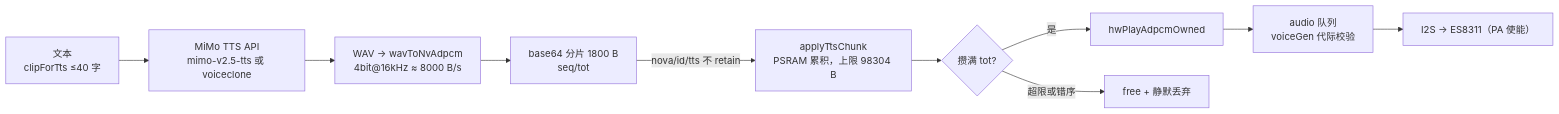
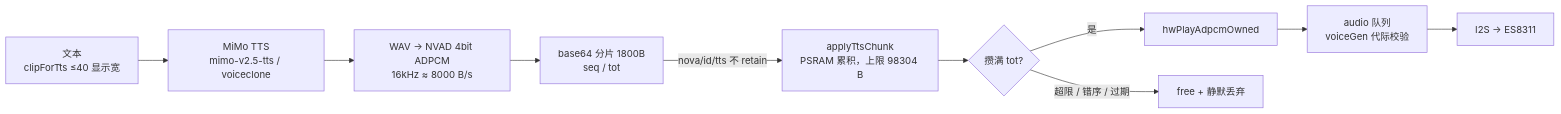
One commit to JAYcodr/whale-buddy-esp32 changed the sixth of 11 diagrams in docs/ARCHITECTURE.md. Above: the diagram before and after it, drawn with Mermaid. The commit also changed other lines of this file and 26 other files, not shown here.

````diff
--- a/docs/ARCHITECTURE.md
+++ b/docs/ARCHITECTURE.md
@@ -436,12 +349,12 @@
 ```mermaid
 flowchart LR
-    A["文本<br/>clipForTts ≤40 字"] --> B["MiMo TTS API<br/>mimo-v2.5-tts 或 voiceclone"]
-    B --> C["WAV → wavToNvAdpcm<br/>4bit@16kHz ≈ 8000 B/s"]
-    C --> D["base64 分片 1800 B<br/>seq/tot"]
+    A["文本<br/>clipForTts ≤40 显示宽"] --> B["MiMo TTS<br/>mimo-v2.5-tts / voiceclone"]
+    B --> C["WAV → NVAD 4bit ADPCM<br/>16kHz ≈ 8000 B/s"]
+    C --> D["base64 分片 1800B<br/>seq / tot"]
     D -->|"nova/id/tts 不 retain"| E["applyTtsChunk<br/>PSRAM 累积，上限 98304 B"]
     E --> F{"攒满 tot?"}
     F -->|是| G["hwPlayAdpcmOwned"]
     G --> H["audio 队列<br/>voiceGen 代际校验"]
-    H --> I["I2S → ES8311（PA 使能）"]
-    F -->|"超限或错序"| J["free + 静默丢弃"]
+    H --> I["I2S → ES8311"]
+    F -->|"超限 / 错序 / 过期"| J["free + 静默丢弃"]
 ```
````
